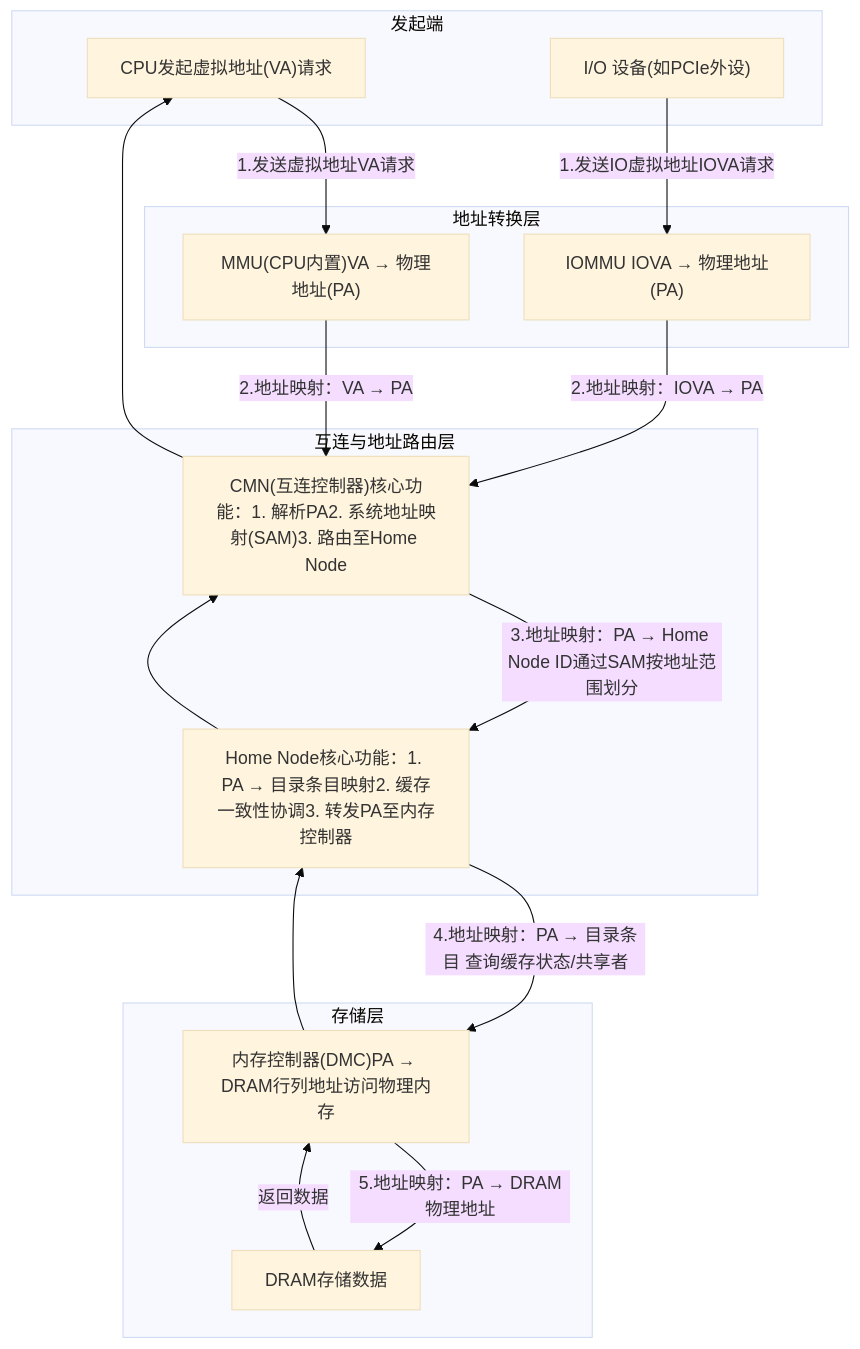
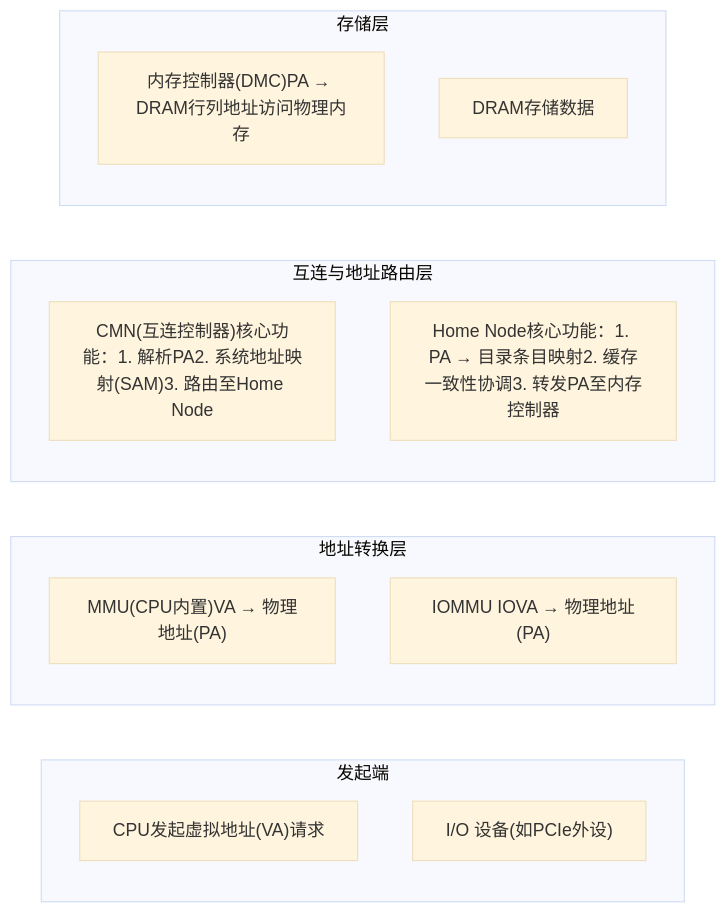
Before and after one commit to joyxu/joyxu.github.com: the second of 5 diagrams in source/_posts/arm64-cache和总线总结.md, drawn with Mermaid (base theme).

````diff
--- a/source/_posts/arm64-cache和总线总结.md
+++ b/source/_posts/arm64-cache和总线总结.md
@@ -29,37 +29,24 @@
 ```mermaid
-graph
+graph LR
 	%% 定义组件（按数据流向布局）
 	subgraph "发起端"
 		CPU["CPU发起虚拟地址(VA)请求"]
 		Device["I/O 设备(如PCIe外设)"]
 	end
 
 	subgraph "地址转换层"
 		MMU["MMU(CPU内置)VA → 物理地址(PA)"]
 		IOMMU["IOMMU IOVA → 物理地址(PA)"]
 	end
 
 	subgraph "互连与地址路由层"
 		CMN["CMN(互连控制器)核心功能：1. 解析PA2. 系统地址映射(SAM)3. 路由至Home Node"]
 		HomeNode["Home Node核心功能：1. PA → 目录条目映射2. 缓存一致性协调3. 转发PA至内存控制器"]
 	end
 
 	subgraph "存储层"
 		DMC["内存控制器(DMC)PA → DRAM行列地址访问物理内存"]
 		DRAM["DRAM存储数据"]
 	end
 
-	%% 核心流程：CPU发起的地址映射与访问路径
-	CPU -->|1.发送虚拟地址VA请求| MMU
-	MMU -->|2.地址映射：VA → PA| CMN
-	CMN -->|3.地址映射：PA → Home Node ID通过SAM按地址范围划分| HomeNode
-	HomeNode -->|4.地址映射：PA → 目录条目 查询缓存状态/共享者| DMC
-	DMC -->|5.地址映射：PA → DRAM物理地址| DRAM
-	DRAM -->|返回数据| DMC --> HomeNode --> CMN --> CPU
-
-	%% 分支流程：I/O设备发起的地址映射与访问路径
-	Device -->|1.发送IO虚拟地址IOVA请求| IOMMU
-	IOMMU -->|2.地址映射：IOVA → PA| CMN
-	%% 复用CMN的路由逻辑
-	%% 后续流程与CPU侧一致（CMN → HomeNode → DMC → DRAM）
 ```
````
